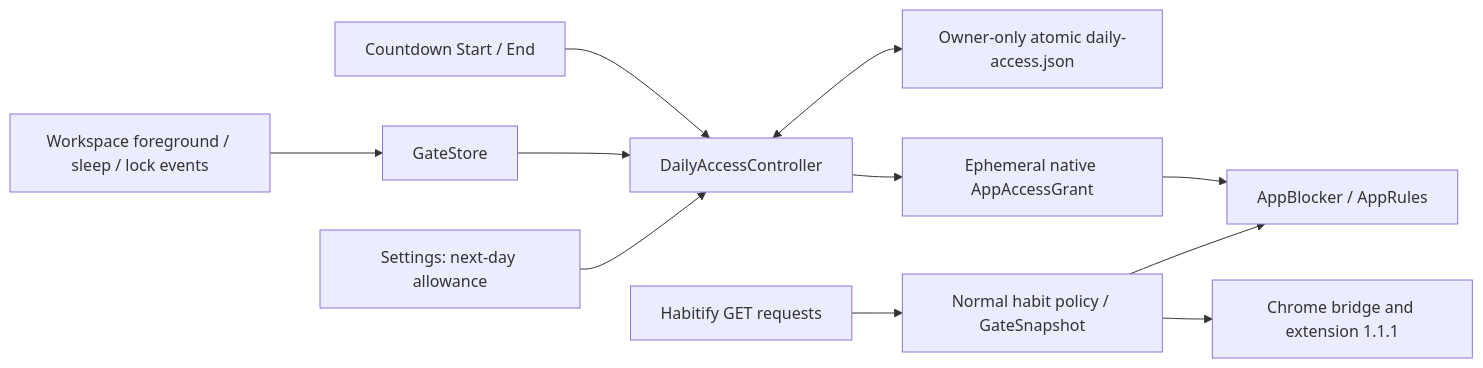
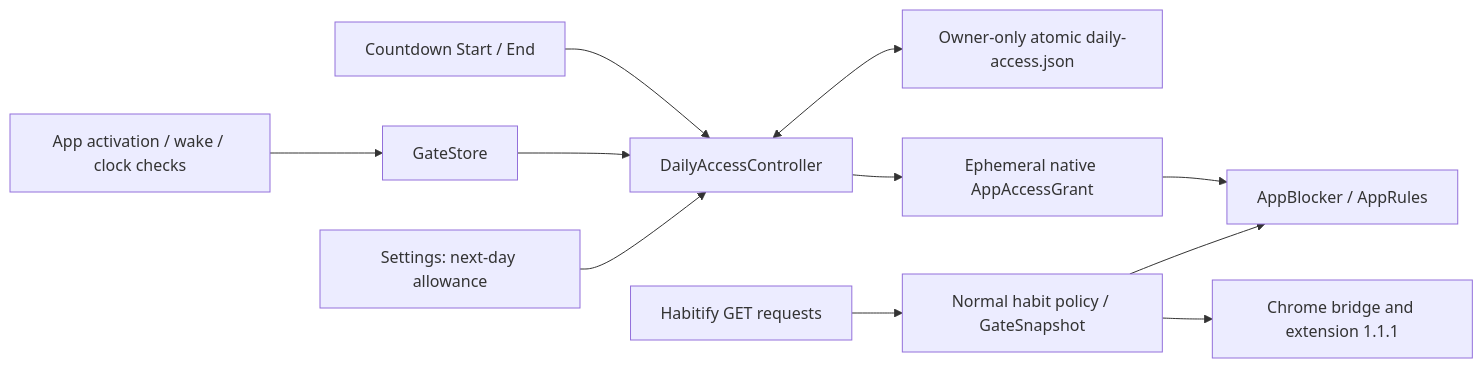
Before and after one commit to quanth238/habit-gate: the second of 2 diagrams in docs/DAILY-ACCESS.md, drawn with Mermaid. The commit also changed other lines of this file and 20 other files, not shown here.

````diff
--- a/docs/DAILY-ACCESS.md
+++ b/docs/DAILY-ACCESS.md
@@ -54,13 +49,13 @@
 ```mermaid
 flowchart LR
     UI[Countdown Start / End] --> D[DailyAccessController]
-    W[Workspace foreground / sleep / lock events] --> S[GateStore]
+    W[App activation / wake / clock checks] --> S[GateStore]
     S --> D
     D <--> F[Owner-only atomic daily-access.json]
     D --> G[Ephemeral native AppAccessGrant]
     G --> A[AppBlocker / AppRules]
     H[Habitify GET requests] --> P[Normal habit policy / GateSnapshot]
     P --> A
     P --> B[Chrome bridge and extension 1.1.1]
     Settings[Settings: next-day allowance] --> D
 ```
````
